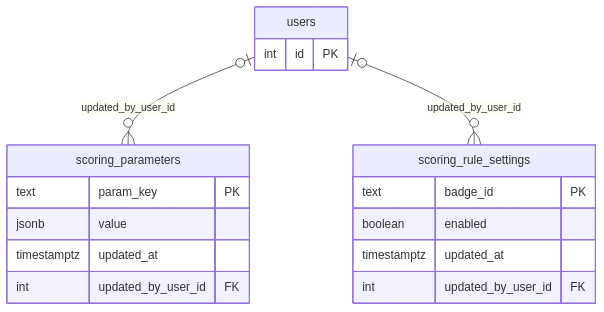
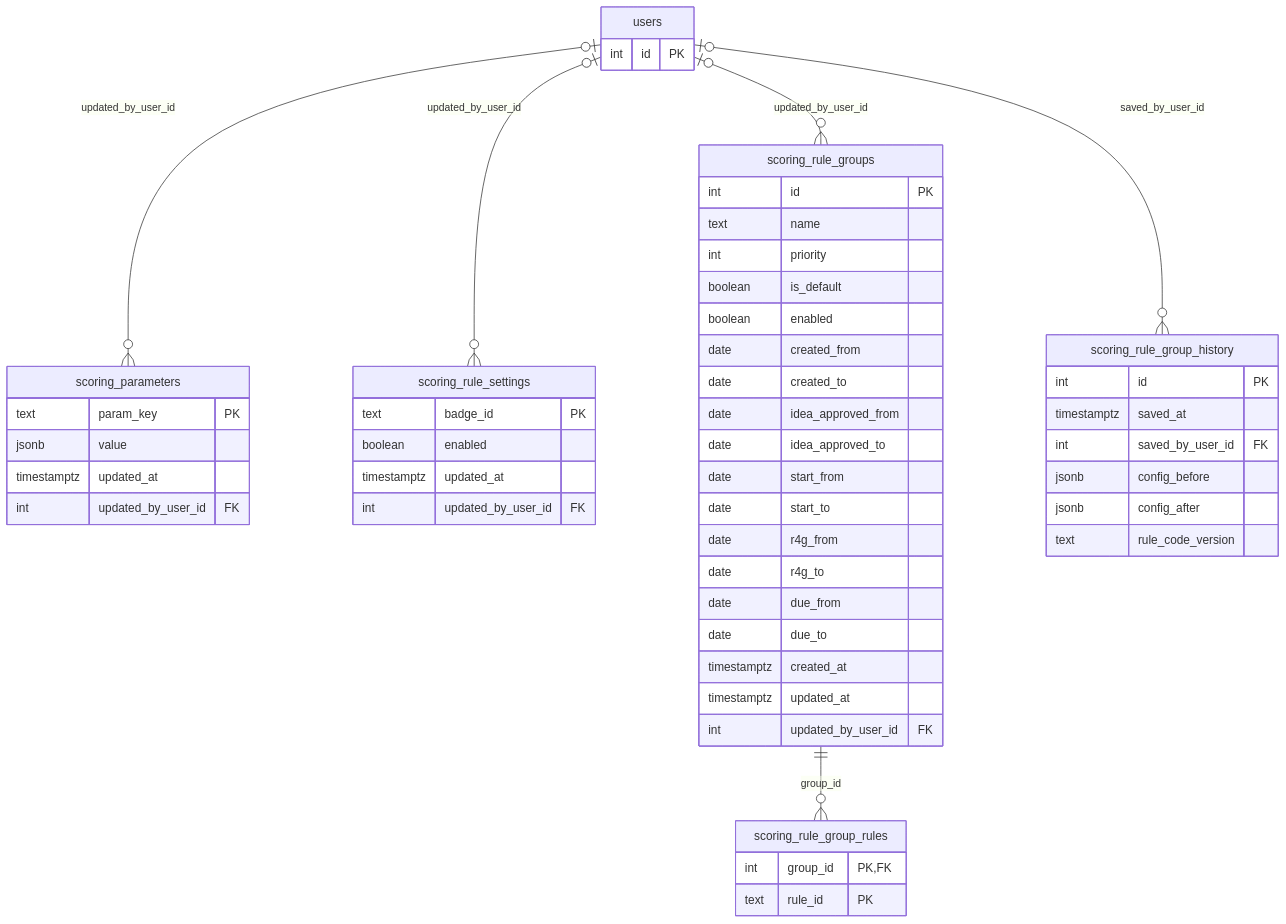
The sixth of 12 diagrams in docs/database-erd.md (dminhbb/ttm-tool), drawn with Mermaid before and after one commit. The commit also changed other lines of this file and 77 other files, not shown here.

First line of the commit message:
Rule object & Nhóm rule (Rule Group) cho Scoring Service, màn hình Rule Management

````diff
--- a/docs/database-erd.md
+++ b/docs/database-erd.md
@@ -927,20 +927,55 @@
 ```mermaid
 erDiagram
     scoring_parameters {
         text param_key PK
         jsonb value
         timestamptz updated_at
         int updated_by_user_id FK
     }
     scoring_rule_settings {
         text badge_id PK
         boolean enabled
         timestamptz updated_at
         int updated_by_user_id FK
     }
+    scoring_rule_groups {
+        int id PK
+        text name
+        int priority
+        boolean is_default
+        boolean enabled
+        date created_from
+        date created_to
+        date idea_approved_from
+        date idea_approved_to
+        date start_from
+        date start_to
+        date r4g_from
+        date r4g_to
+        date due_from
+        date due_to
+        timestamptz created_at
+        timestamptz updated_at
+        int updated_by_user_id FK
+    }
+    scoring_rule_group_rules {
+        int group_id PK, FK
+        text rule_id PK
+    }
+    scoring_rule_group_history {
+        int id PK
+        timestamptz saved_at
+        int saved_by_user_id FK
+        jsonb config_before
+        jsonb config_after
+        text rule_code_version
+    }
     users {
         int id PK
     }
     users |o--o{ scoring_parameters : "updated_by_user_id"
     users |o--o{ scoring_rule_settings : "updated_by_user_id"
+    users |o--o{ scoring_rule_groups : "updated_by_user_id"
+    scoring_rule_groups ||--o{ scoring_rule_group_rules : "group_id"
+    users |o--o{ scoring_rule_group_history : "saved_by_user_id"
 ```
````
